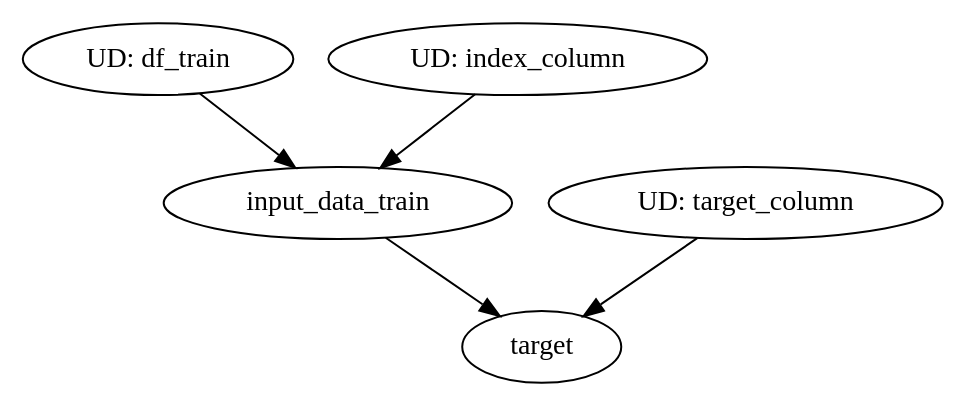
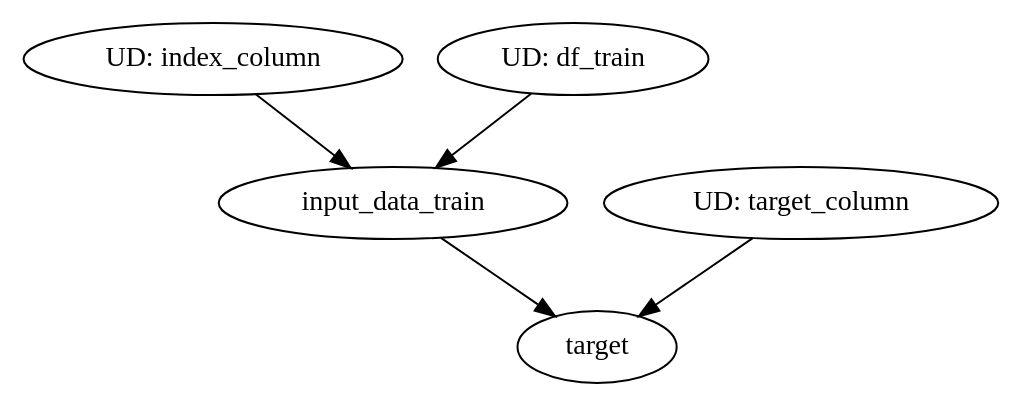
The diagram in artifacts/target.dot (aamir09/mlops2_with_dagster), drawn with Graphviz before and after one commit. The commit also changed other lines of this file and 21 other files, not shown here.

```diff
--- a/artifacts/target.dot
+++ b/artifacts/target.dot
@@ -1,15 +1,15 @@
 // Dependency Graph
 digraph {
+	target [label=target]
+	input_data_train [label=input_data_train]
+	index_column [label=index_column]
 	df_train [label=df_train]
-	target [label=target]
-	index_column [label=index_column]
 	target_column [label=target_column]
-	input_data_train [label=input_data_train]
 	index_column [label="UD: index_column"]
 	target_column [label="UD: target_column"]
 	df_train [label="UD: df_train"]
 	input_data_train -> target
 	target_column -> target
 	df_train -> input_data_train
 	index_column -> input_data_train
 }
```
